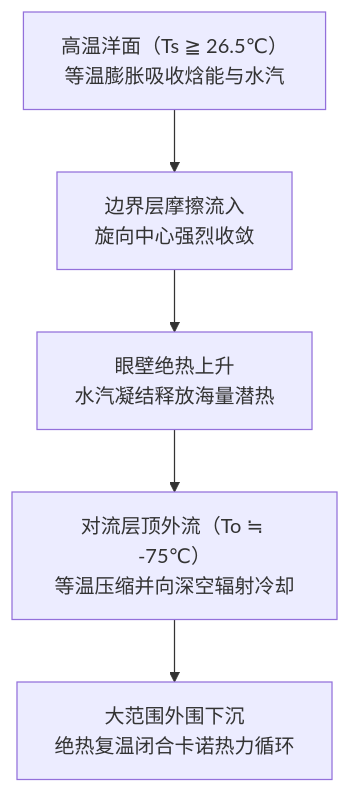
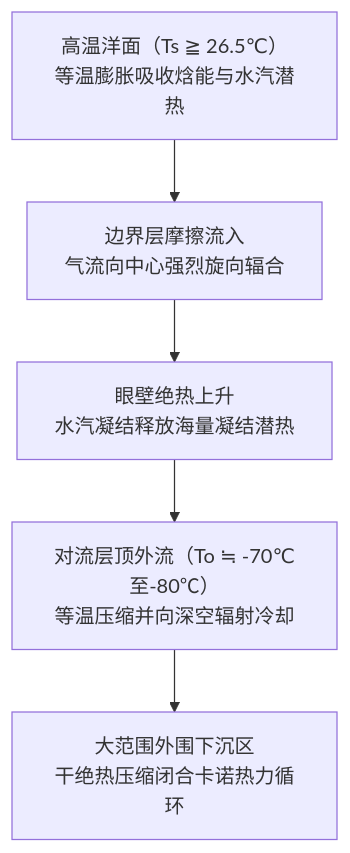
The first of 11 diagrams in content/post/typhoon-meteorology-mechanisms-historic-disasters-guide/index.zh-cn.md (kenjinote/blog), drawn with Mermaid before and after one commit. The commit also changed other lines of this file and 11 other files, not shown here.

````diff
--- a/content/post/typhoon-meteorology-mechanisms-historic-disasters-guide/index.zh-cn.md
+++ b/content/post/typhoon-meteorology-mechanisms-historic-disasters-guide/index.zh-cn.md
@@ -57,7 +57,7 @@
 ```mermaid
 flowchart TD
-    OCEAN["高温洋面（Ts ≧ 26.5℃）<br/>等温膨胀吸收焓能与水汽"] --> INFLOW["边界层摩擦流入<br/>旋向中心强烈收敛"]
-    INFLOW --> EYEWALL["眼壁绝热上升<br/>水汽凝结释放海量潜热"]
-    EYEWALL --> OUTFLOW["对流层顶外流（To ≒ -75℃）<br/>等温压缩并向深空辐射冷却"]
-    OUTFLOW --> SINK["大范围外围下沉<br/>绝热复温闭合卡诺热力循环"]
+    OCEAN["高温洋面（Ts ≧ 26.5℃）<br/>等温膨胀吸收焓能与水汽潜热"] --> INFLOW["边界层摩擦流入<br/>气流向中心强烈旋向辐合"]
+    INFLOW --> EYEWALL["眼壁绝热上升<br/>水汽凝结释放海量凝结潜热"]
+    EYEWALL --> OUTFLOW["对流层顶外流（To ≒ -70℃至-80℃）<br/>等温压缩并向深空辐射冷却"]
+    OUTFLOW --> SINK["大范围外围下沉区<br/>干绝热压缩闭合卡诺热力循环"]
 ```
````
